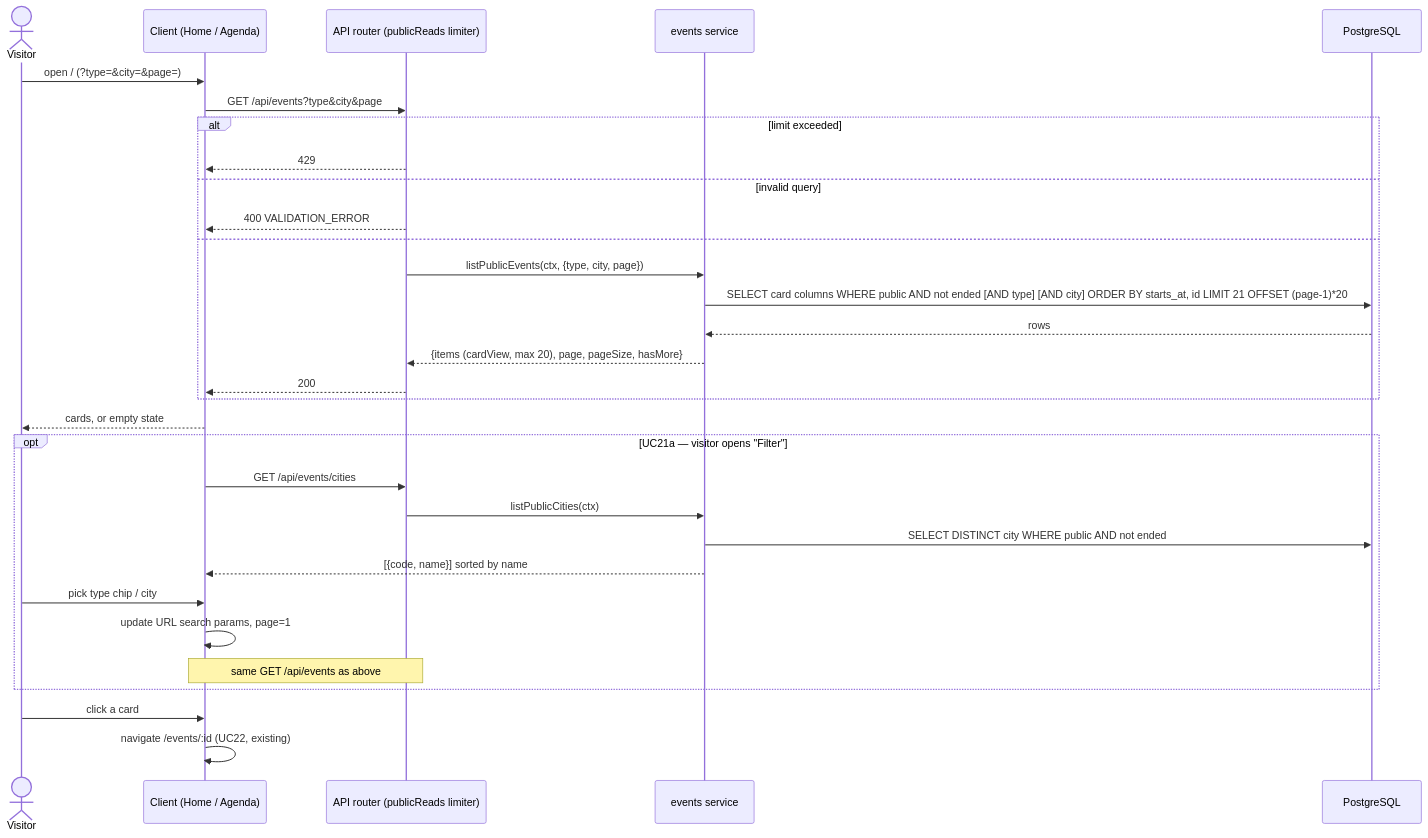
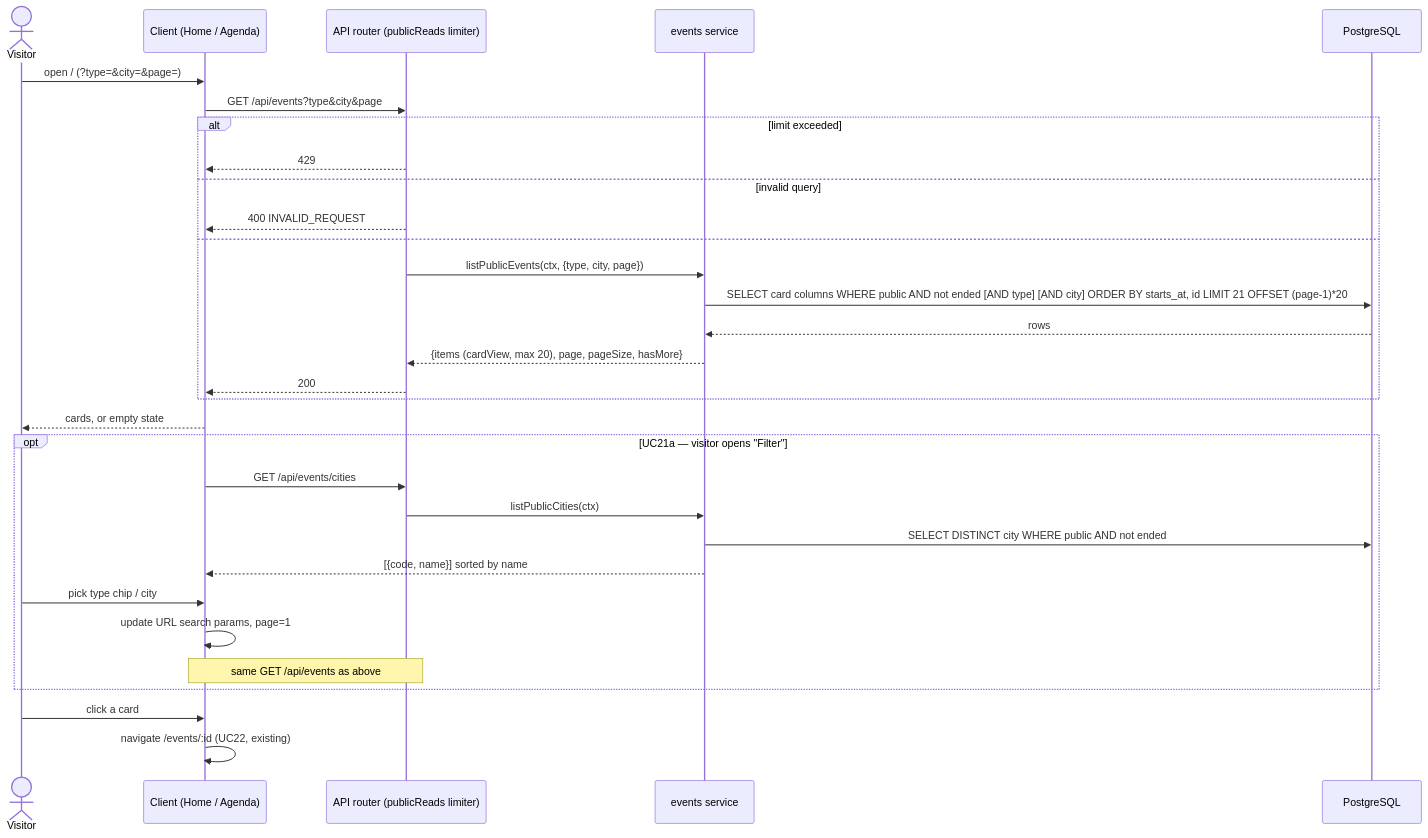
The diagram in docs/architecture/diagrams/public-agenda/02-sequence-browse-agenda.md (benoit-bremaud/HappiHub), drawn with Mermaid before and after one commit. The commit also changed 5 other files, not shown here.

````diff
--- a/docs/architecture/diagrams/public-agenda/02-sequence-browse-agenda.md
+++ b/docs/architecture/diagrams/public-agenda/02-sequence-browse-agenda.md
@@ -7,34 +7,34 @@
 ```mermaid
 sequenceDiagram
   actor V as Visitor
   participant C as Client (Home / Agenda)
   participant R as API router (publicReads limiter)
   participant S as events service
   participant DB as PostgreSQL
 
   V->>C: open / (?type=&city=&page=)
   C->>R: GET /api/events?type&city&page
   alt limit exceeded
     R-->>C: 429
   else invalid query
-    R-->>C: 400 VALIDATION_ERROR
+    R-->>C: 400 INVALID_REQUEST
   else
     R->>S: listPublicEvents(ctx, {type, city, page})
     S->>DB: SELECT card columns WHERE public AND not ended [AND type] [AND city] ORDER BY starts_at, id LIMIT 21 OFFSET (page-1)*20
     DB-->>S: rows
     S-->>R: {items (cardView, max 20), page, pageSize, hasMore}
     R-->>C: 200
   end
   C-->>V: cards, or empty state
   opt UC21a — visitor opens "Filter"
     C->>R: GET /api/events/cities
     R->>S: listPublicCities(ctx)
     S->>DB: SELECT DISTINCT city WHERE public AND not ended
     S-->>C: [{code, name}] sorted by name
     V->>C: pick type chip / city
     C->>C: update URL search params, page=1
     Note over C,R: same GET /api/events as above
   end
   V->>C: click a card
   C->>C: navigate /events/:id (UC22, existing)
 ```
````
